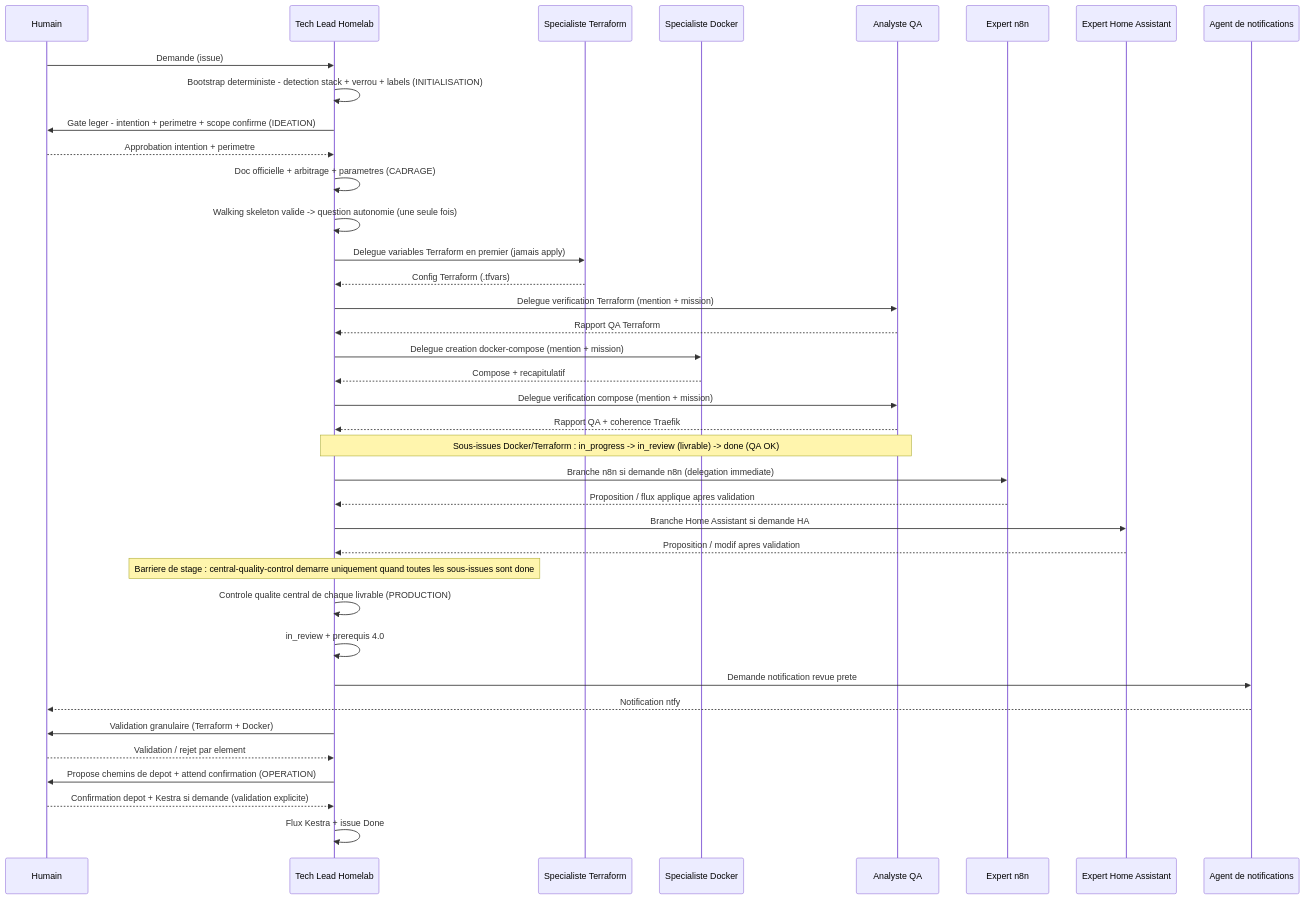
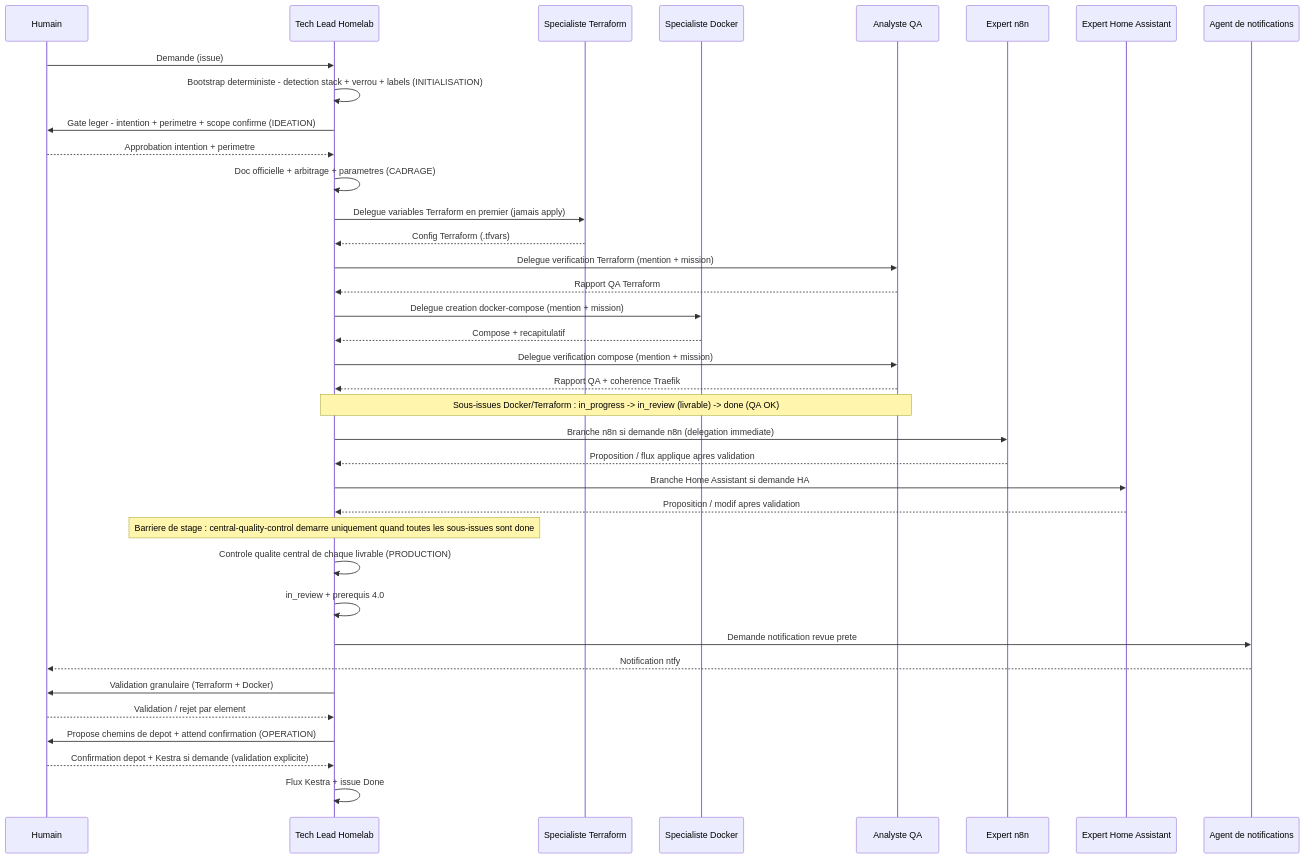
One commit to Gsyltc/homelab-portfolio changed the second of 2 diagrams in homelab/common/conductor.md. Above: the diagram before and after it, drawn with Mermaid. The commit also changed other lines of this file and 10 other files, not shown here.

Commit message:
feat(homelab): suppression du walking skeleton, mode d'exécution au Cadrage (ADR-0053)

````diff
--- a/homelab/common/conductor.md
+++ b/homelab/common/conductor.md
@@ -192,41 +192,40 @@
 ```mermaid
 sequenceDiagram
     participant H as Humain
     participant S as Tech Lead Homelab
     participant An as Specialiste Terraform
     participant B as Specialiste Docker
     participant K as Analyste QA
     participant M as Expert n8n
     participant Hu as Expert Home Assistant
     participant AL as Agent de notifications
 
     H->>S: Demande (issue)
     S->>S: Bootstrap deterministe - detection stack + verrou + labels (INITIALISATION)
     S->>H: Gate leger - intention + perimetre + scope confirme (IDEATION)
     H-->>S: Approbation intention + perimetre
     S->>S: Doc officielle + arbitrage + parametres (CADRAGE)
-    S->>S: Walking skeleton valide -> question autonomie (une seule fois)
     S->>An: Delegue variables Terraform en premier (jamais apply)
     An-->>S: Config Terraform (.tfvars)
     S->>K: Delegue verification Terraform (mention + mission)
     K-->>S: Rapport QA Terraform
     S->>B: Delegue creation docker-compose (mention + mission)
     B-->>S: Compose + recapitulatif
     S->>K: Delegue verification compose (mention + mission)
     K-->>S: Rapport QA + coherence Traefik
     Note over S,K: Sous-issues Docker/Terraform : in_progress -> in_review (livrable) -> done (QA OK)
     S->>M: Branche n8n si demande n8n (delegation immediate)
     M-->>S: Proposition / flux applique apres validation
     S->>Hu: Branche Home Assistant si demande HA
     Hu-->>S: Proposition / modif apres validation
     Note over S: Barriere de stage : central-quality-control demarre uniquement quand toutes les sous-issues sont done
     S->>S: Controle qualite central de chaque livrable (PRODUCTION)
     S->>S: in_review + prerequis 4.0
     S->>AL: Demande notification revue prete
     AL-->>H: Notification ntfy
     S->>H: Validation granulaire (Terraform + Docker)
     H-->>S: Validation / rejet par element
     S->>H: Propose chemins de depot + attend confirmation (OPERATION)
     H-->>S: Confirmation depot + Kestra si demande (validation explicite)
     S->>S: Flux Kestra + issue Done
 ```
````
